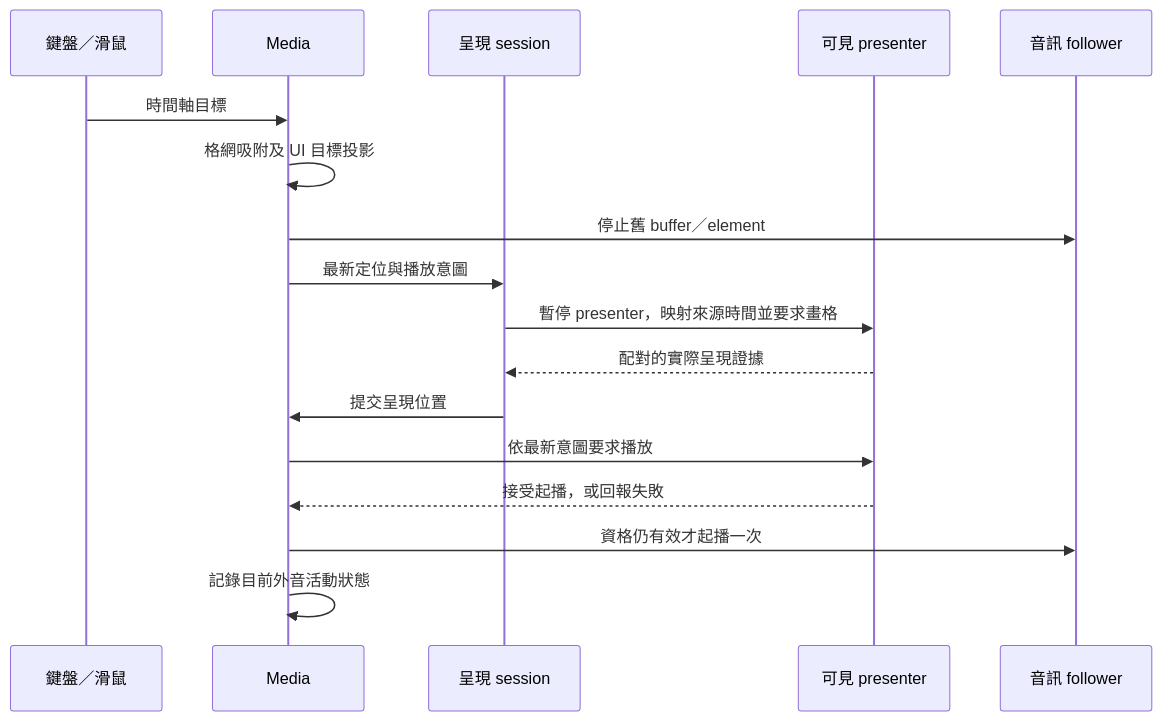
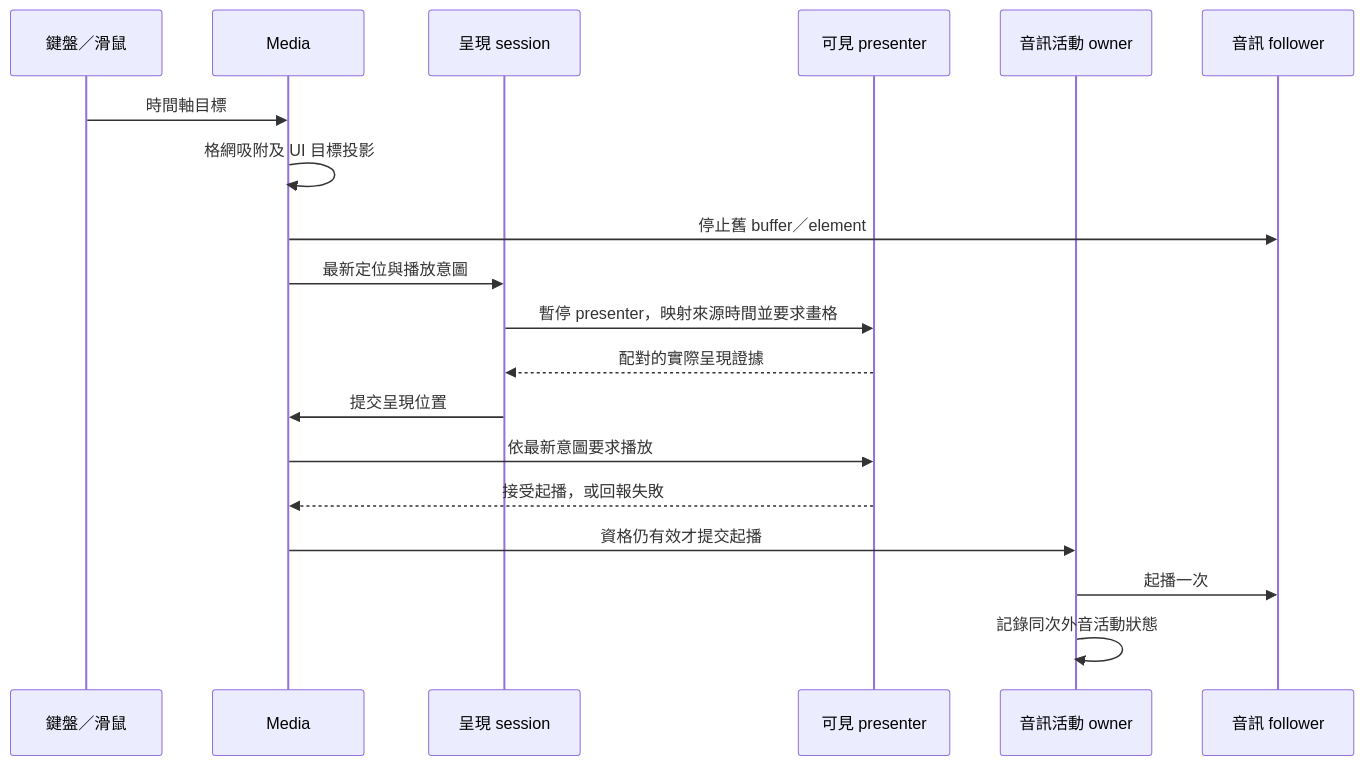
The diagram in docs/FPS_時碼一致性.md (evanwayc-star/SUB_Tool), drawn with Mermaid before and after one commit. The commit also changed other lines of this file and 68 other files, not shown here.

````diff
--- a/docs/FPS_時碼一致性.md
+++ b/docs/FPS_時碼一致性.md
@@ -154,19 +154,21 @@
 ```mermaid
 sequenceDiagram
   participant I as 鍵盤／滑鼠
   participant M as Media
   participant S as 呈現 session
   participant P as 可見 presenter
+  participant R as 音訊活動 owner
   participant A as 音訊 follower
   I->>M: 時間軸目標
   M->>M: 格網吸附及 UI 目標投影
   M->>A: 停止舊 buffer／element
   M->>S: 最新定位與播放意圖
   S->>P: 暫停 presenter，映射來源時間並要求畫格
   P-->>S: 配對的實際呈現證據
   S->>M: 提交呈現位置
   M->>P: 依最新意圖要求播放
   P-->>M: 接受起播，或回報失敗
-  M->>A: 資格仍有效才起播一次
-  M->>M: 記錄目前外音活動狀態
+  M->>R: 資格仍有效才提交起播
+  R->>A: 起播一次
+  R->>R: 記錄同次外音活動狀態
 ```
````
